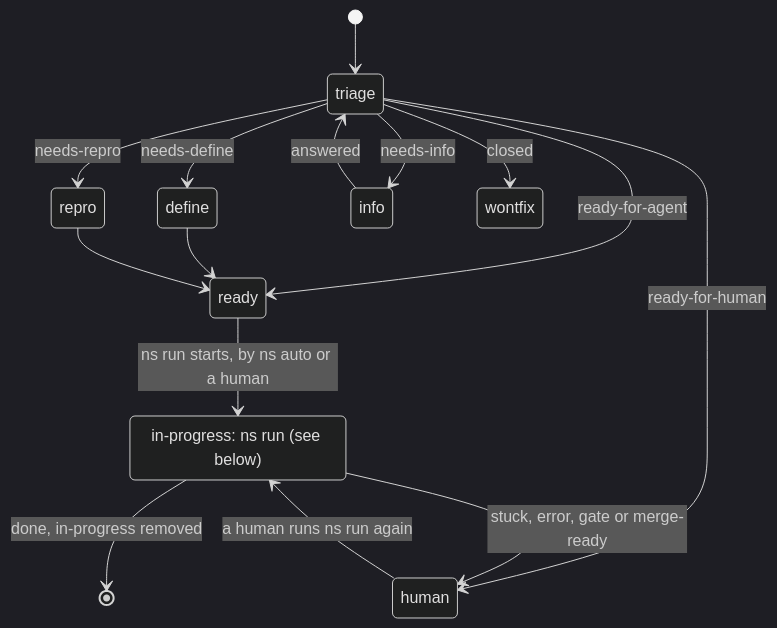
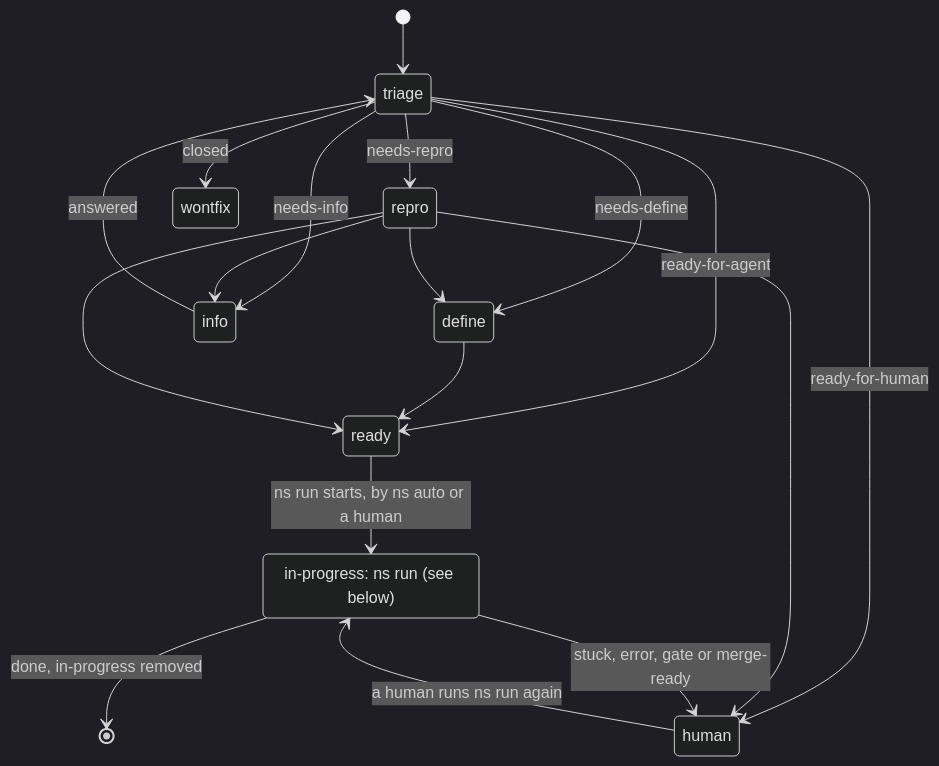
Before and after one commit to noahdgrant/nightshift: the first of 2 diagrams in new/docs/STATES.md, drawn with Mermaid (dark theme). The commit also changed 15 other files, not shown here.

````diff
--- a/new/docs/STATES.md
+++ b/new/docs/STATES.md
@@ -9,18 +9,21 @@
 ```mermaid
 stateDiagram
     state "in-progress: ns run (see below)" as run
     [*] --> triage
     triage --> define : needs-define
     triage --> repro : needs-repro
     triage --> info : needs-info
     triage --> human : ready-for-human
     triage --> wontfix : closed
     triage --> ready : ready-for-agent
     define --> ready
     repro --> ready
+    repro --> define
+    repro --> info
+    repro --> human
     ready --> run : ns run starts, by ns auto or a human
     info --> triage : answered
     run --> [*] : done, in-progress removed
     run --> human : stuck, error, gate or merge-ready
     human --> run : a human runs ns run again
 ```
````
